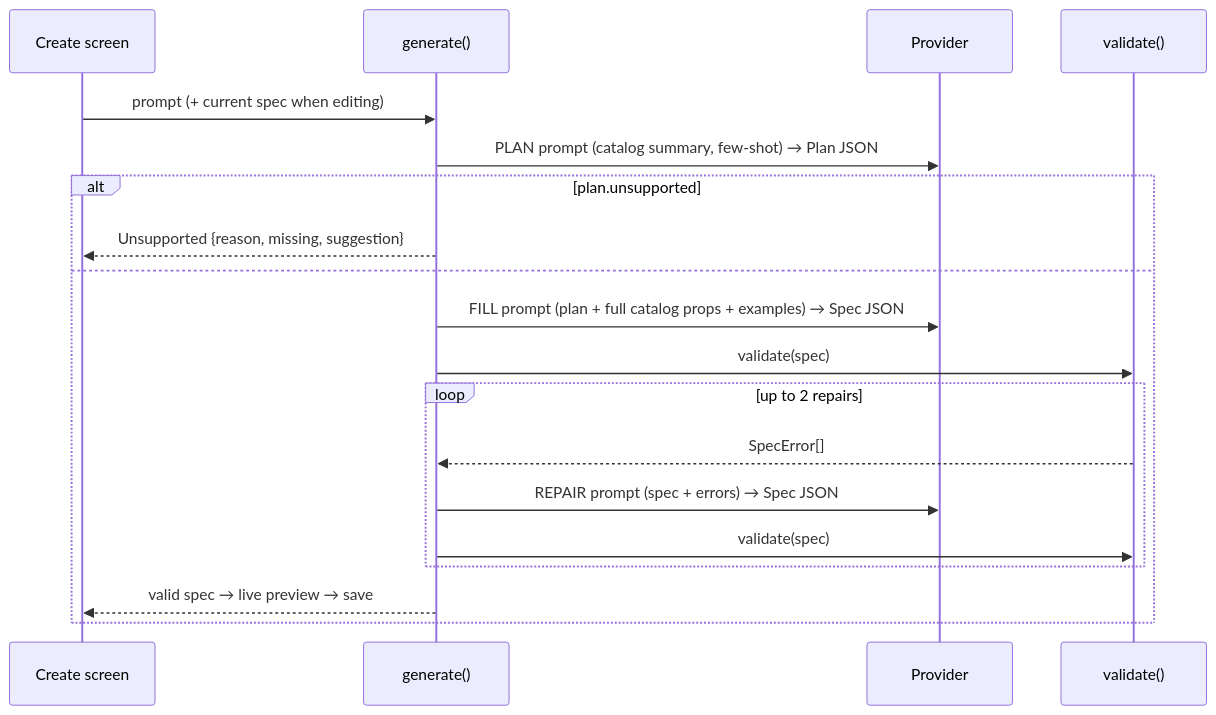
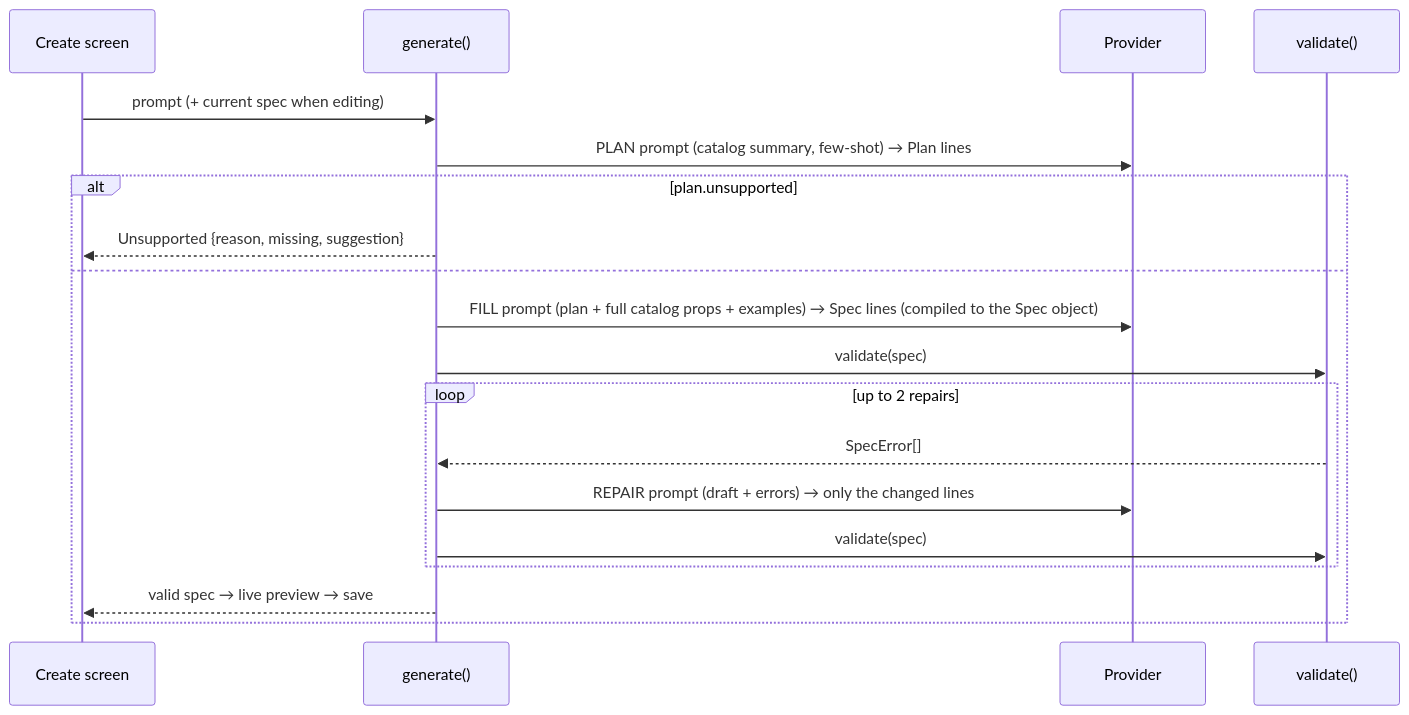
The second of 2 diagrams in docs/ARCHITECTURE.md (ru-das/jackapp), drawn with Mermaid before and after one commit. The commit also changed other lines of this file and 24 other files, not shown here.

````diff
--- a/docs/ARCHITECTURE.md
+++ b/docs/ARCHITECTURE.md
@@ -130,21 +130,21 @@
 ```mermaid
 sequenceDiagram
   participant UI as Create screen
   participant G as generate()
   participant P as Provider
   participant V as validate()
   UI->>G: prompt (+ current spec when editing)
-  G->>P: PLAN prompt (catalog summary, few-shot) → Plan JSON
+  G->>P: PLAN prompt (catalog summary, few-shot) → Plan lines
   alt plan.unsupported
     G-->>UI: Unsupported {reason, missing, suggestion}
   else
-    G->>P: FILL prompt (plan + full catalog props + examples) → Spec JSON
+    G->>P: FILL prompt (plan + full catalog props + examples) → Spec lines (compiled to the Spec object)
     G->>V: validate(spec)
     loop up to 2 repairs
       V-->>G: SpecError[]
-      G->>P: REPAIR prompt (spec + errors) → Spec JSON
+      G->>P: REPAIR prompt (draft + errors) → only the changed lines
       G->>V: validate(spec)
     end
     G-->>UI: valid spec → live preview → save
   end
 ```
````
